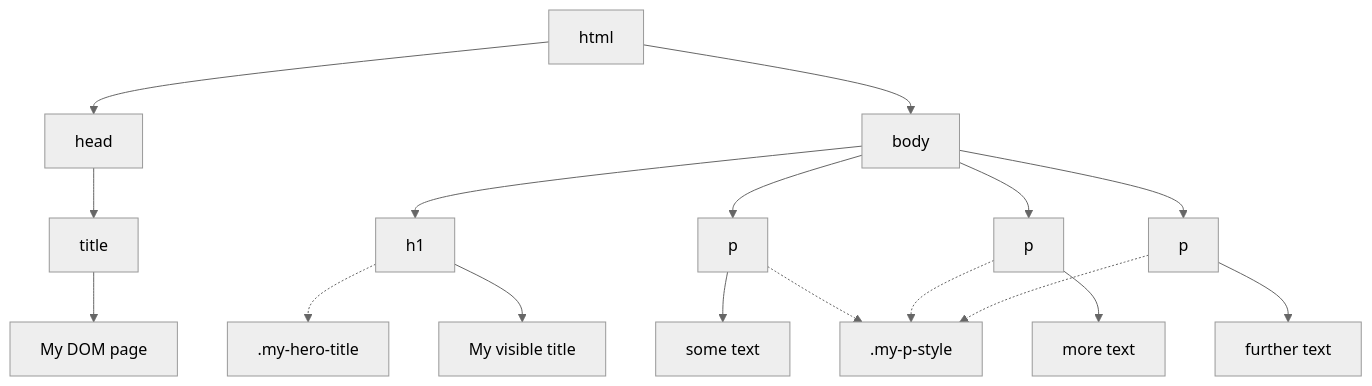
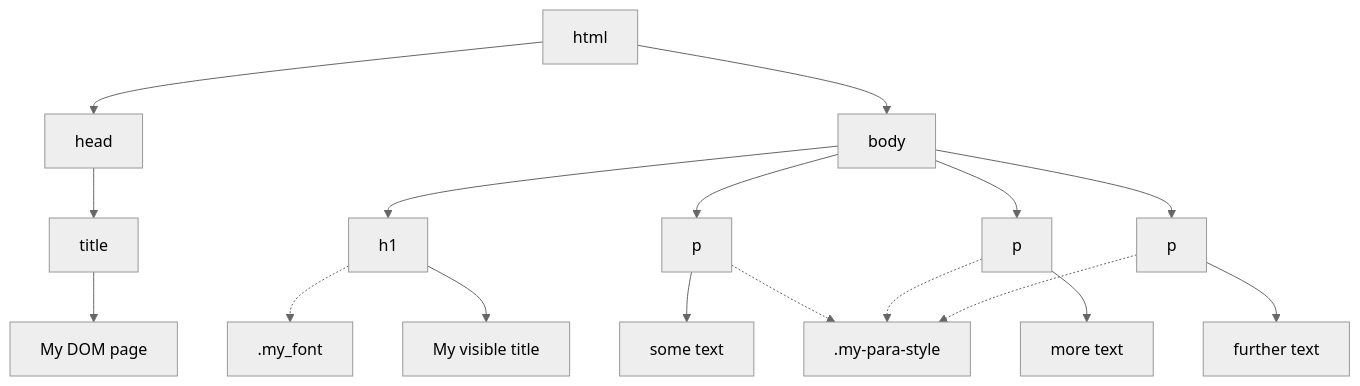
The seventh of 7 diagrams in 40-the-DOM/dom-trees.qmd (ale66/learn-web), drawn with Mermaid (neutral theme) before and after one commit. The commit also changed other lines of this file and 1 other file, not shown here.

````diff
--- a/40-the-DOM/dom-trees.qmd
+++ b/40-the-DOM/dom-trees.qmd
@@ -412,16 +407,16 @@
 ```{mermaid}
 %%| echo: false
 flowchart TD
   A[html] --> B[head] & C[body]
   B --> D[title]
   C --> E[h1] & F[p] & G[p] & H[p]
-  E-.-> I[.my-hero-title]
+  E-.-> I[.my_font]
   D --> L[My DOM page]
   E --> M[My visible title]
   F --> N[some text]
-  F-.-> Q[.my-p-style]
+  F-.-> Q[.my-para-style]
   G --> O[more text]
   G-.-> Q
   H --> P[further text]
   H-.-> Q
 ```
````
